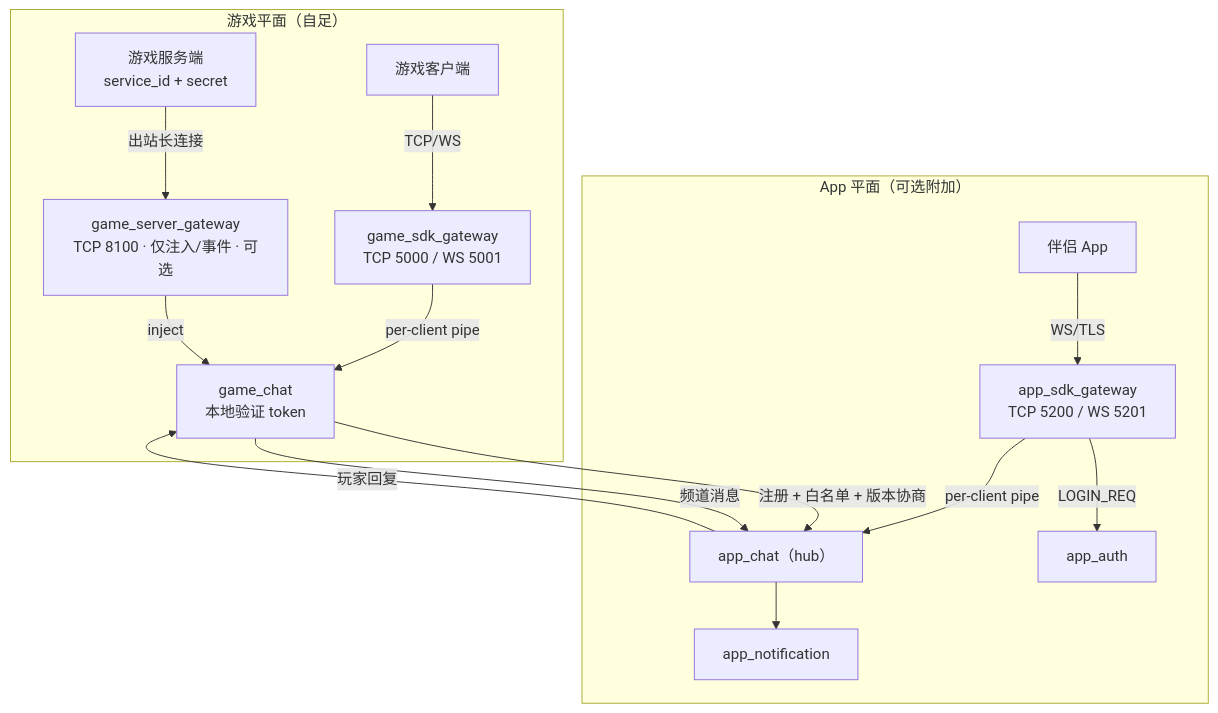
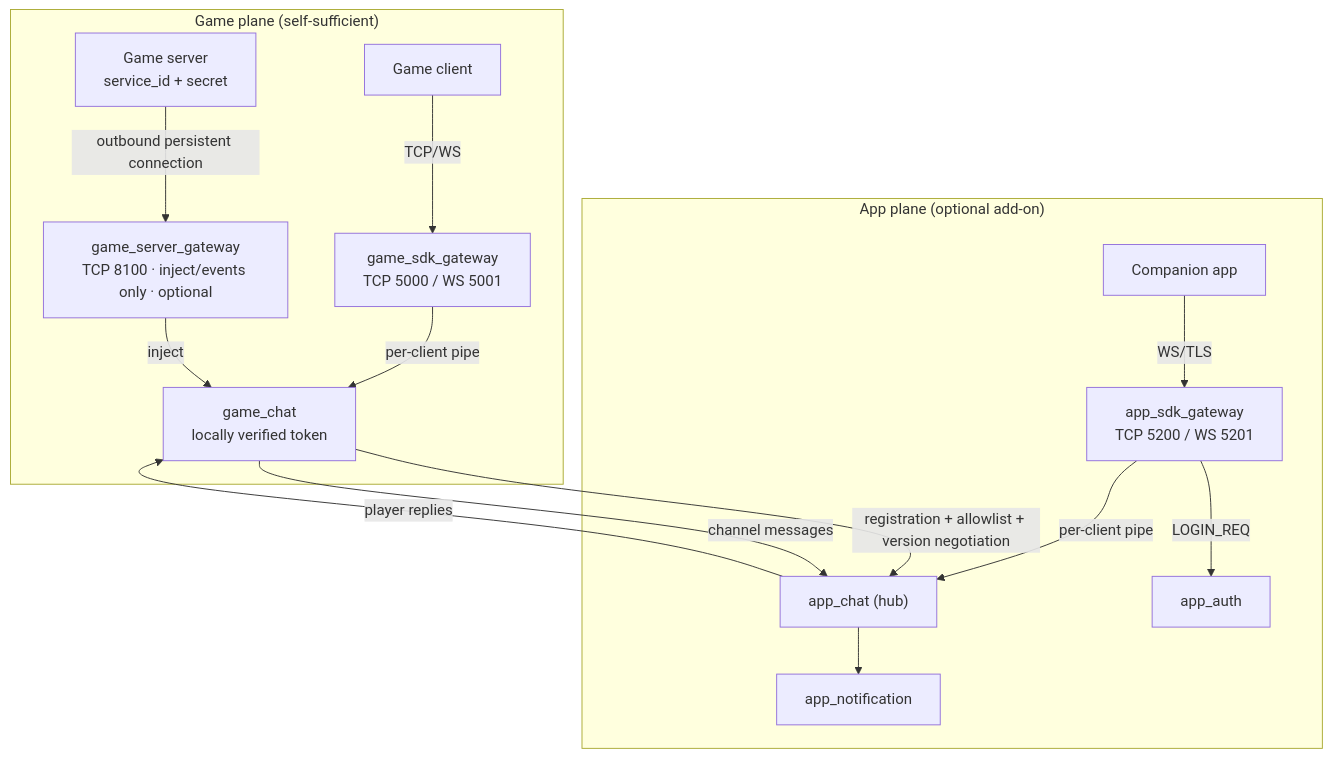
The diagram in README.md (cuihairu/chirp), drawn with Mermaid before and after one commit. The commit also changed other lines of this file and 1 other file, not shown here.

````diff
--- a/README.md
+++ b/README.md
@@ -58,31 +60,31 @@
 ```mermaid
 flowchart TB
-    Game["游戏客户端"]
-    App["伴侣 App"]
-    GS["游戏服务端<br/>service_id + secret"]
+    Game["Game client"]
+    App["Companion app"]
+    GS["Game server<br/>service_id + secret"]
 
-    subgraph gp["游戏平面（自足）"]
+    subgraph gp["Game plane (self-sufficient)"]
         GG["game_sdk_gateway<br/>TCP 5000 / WS 5001"]
-        GCHAT["game_chat<br/>本地验证 token"]
-        SG["game_server_gateway<br/>TCP 8100 · 仅注入/事件 · 可选"]
+        GCHAT["game_chat<br/>locally verified token"]
+        SG["game_server_gateway<br/>TCP 8100 · inject/events only · optional"]
         GG -->|per-client pipe| GCHAT
         SG -->|inject| GCHAT
         Game -- "TCP/WS" --> GG
-        GS -- "出站长连接" --> SG
+        GS -- "outbound persistent connection" --> SG
     end
 
-    subgraph ap["App 平面（可选附加）"]
+    subgraph ap["App plane (optional add-on)"]
         AG["app_sdk_gateway<br/>TCP 5200 / WS 5201"]
-        ACHAT["app_chat（hub）"]
+        ACHAT["app_chat (hub)"]
         APPAUTH["app_auth"]
         NOTIF["app_notification"]
         AG -->|per-client pipe| ACHAT
         AG -->|LOGIN_REQ| APPAUTH
         ACHAT --> NOTIF
         App -- "WS/TLS" --> AG
     end
 
-    GCHAT -->|"注册 + 白名单 + 版本协商"| ACHAT
-    GCHAT -->|"频道消息"| ACHAT
-    ACHAT -->|"玩家回复"| GCHAT
+    GCHAT -->|"registration + allowlist + version negotiation"| ACHAT
+    GCHAT -->|"channel messages"| ACHAT
+    ACHAT -->|"player replies"| GCHAT
 ```
````
